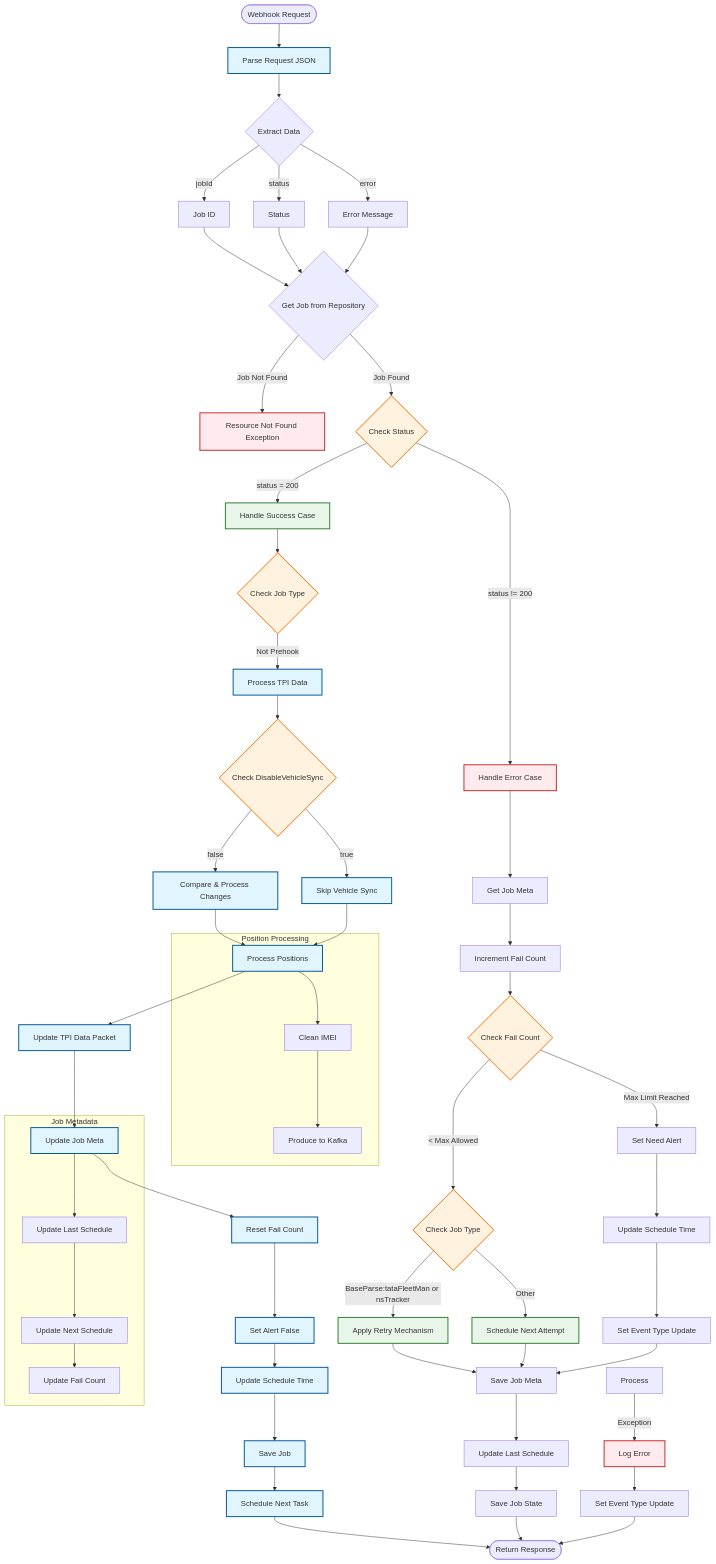
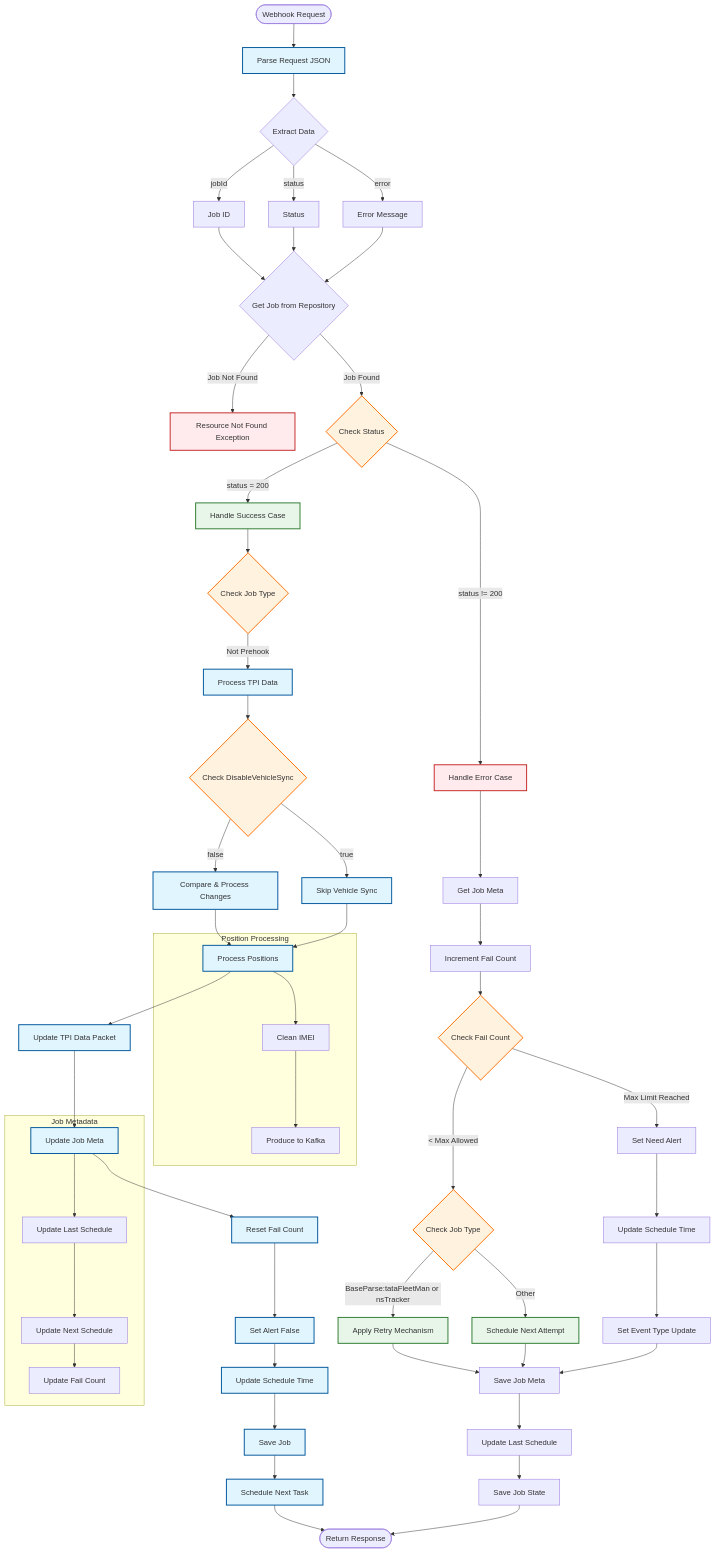
Before and after one commit to sahilFretron/myPush: the diagram in TPI/WebhookAPI.mermaid, drawn with Mermaid.

```diff
--- a/TPI/WebhookAPI.mermaid
+++ b/TPI/WebhookAPI.mermaid
@@ -1,81 +1,76 @@
 flowchart TD
     Start([Webhook Request]) --> A[Parse Request JSON]
     A --> B{Extract Data}
     B --> |jobId| C[Job ID]
     B --> |status| D[Status]
     B --> |error| E[Error Message]
     
     C & D & E --> F{Get Job from Repository}
     F -->|Job Not Found| G[Resource Not Found Exception]
     
     F -->|Job Found| H{Check Status}
     
     %% Success Flow
     H -->|status = 200| I[Handle Success Case]
     I --> J{Check Job Type}
     J -->|Not Prehook| K[Process TPI Data]
     
     K --> L{Check DisableVehicleSync}
     L -->|false| M[Compare & Process Changes]
     L -->|true| N[Skip Vehicle Sync]
     
     M & N --> O[Process Positions]
     O --> P[Update TPI Data Packet]
     
     %% Common Success Steps
     P --> Q[Update Job Meta]
     Q --> R[Reset Fail Count]
     R --> S[Set Alert False]
     S --> T[Update Schedule Time]
     T --> U[Save Job]
     U --> V[Schedule Next Task]
     
     %% Error Flow
     H -->|status != 200| W[Handle Error Case]
     W --> X[Get Job Meta]
     X --> Y[Increment Fail Count]
     
     Y --> Z{Check Fail Count}
     Z -->|< Max Allowed| AA{Check Job Type}
     AA -->|BaseParse:tataFleetMan or nsTracker| AB[Apply Retry Mechanism]
     AA -->|Other| AC[Schedule Next Attempt]
     
     Z -->|Max Limit Reached| AD[Set Need Alert]
     AD --> AE[Update Schedule Time]
     AE --> AF[Set Event Type Update]
     
     AB & AC & AF --> AG[Save Job Meta]
     AG --> AH[Update Last Schedule]
     AH --> AI[Save Job State]
     
     %% Final Steps
     V & AI --> End([Return Response])
     
-    %% Error Handling
-    Process -->|Exception| ErrorLog[Log Error]
-    ErrorLog --> ErrorUpdate[Set Event Type Update]
-    ErrorUpdate --> End
-    
     %% Subgraph for Position Processing
     subgraph Position Processing
         O --> O1[Clean IMEI]
         O1 --> O2[Produce to Kafka]
     end
     
     %% Subgraph for Job Meta Updates
     subgraph Job Metadata
         Q --> Q1[Update Last Schedule]
         Q1 --> Q2[Update Next Schedule]
         Q2 --> Q3[Update Fail Count]
     end
     
     %% Styling
     classDef process fill:#e1f5fe,stroke:#01579b,stroke-width:2px
     classDef decision fill:#fff3e0,stroke:#ff6f00,stroke-width:2px
     classDef error fill:#ffebee,stroke:#c62828,stroke-width:2px
     classDef success fill:#e8f5e9,stroke:#2e7d32,stroke-width:2px
     
     class A,K,M,N,O,P,Q,R,S,T,U,V process
     class H,J,L,Z,AA decision
     class G,W,ErrorLog error
     class I,AB,AC success
```
